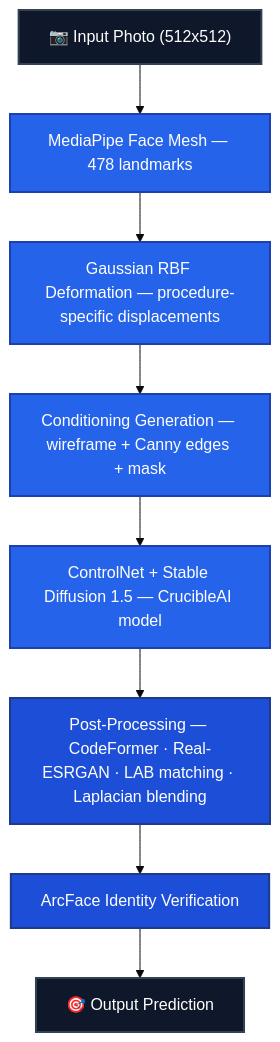
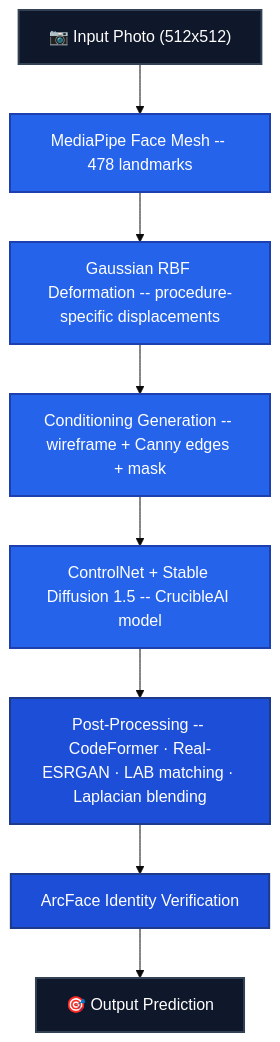
Before and after one commit to dreamlessx/LandmarkDiff-public: the diagram in README.md, drawn with Mermaid (base theme). The commit also changed 82 other files, not shown here.

````diff
--- a/README.md
+++ b/README.md
@@ -271,15 +271,15 @@
 ```mermaid
 graph TD
     classDef stage fill:#2563eb,stroke:#1e40af,color:#fff,stroke-width:2px
     classDef post fill:#1d4ed8,stroke:#1e3a8a,color:#fff,stroke-width:2px
     classDef io fill:#0f172a,stroke:#334155,color:#fff,stroke-width:2px
 
     A["📷 Input Photo (512x512)"]:::io
-    A --> B["MediaPipe Face Mesh — 478 landmarks"]:::stage
-    B --> C["Gaussian RBF Deformation — procedure-specific displacements"]:::stage
-    C --> D["Conditioning Generation — wireframe + Canny edges + mask"]:::stage
-    D --> E["ControlNet + Stable Diffusion 1.5 — CrucibleAI model"]:::stage
-    E --> F["Post-Processing — CodeFormer · Real-ESRGAN · LAB matching · Laplacian blending"]:::post
+    A --> B["MediaPipe Face Mesh -- 478 landmarks"]:::stage
+    B --> C["Gaussian RBF Deformation -- procedure-specific displacements"]:::stage
+    C --> D["Conditioning Generation -- wireframe + Canny edges + mask"]:::stage
+    D --> E["ControlNet + Stable Diffusion 1.5 -- CrucibleAI model"]:::stage
+    E --> F["Post-Processing -- CodeFormer · Real-ESRGAN · LAB matching · Laplacian blending"]:::post
     F --> G["ArcFace Identity Verification"]:::post
     G --> H["🎯 Output Prediction"]:::io
 ```
````
